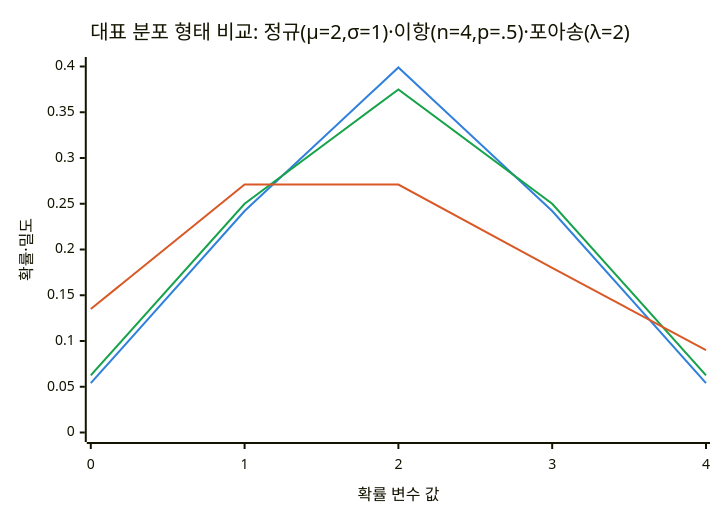
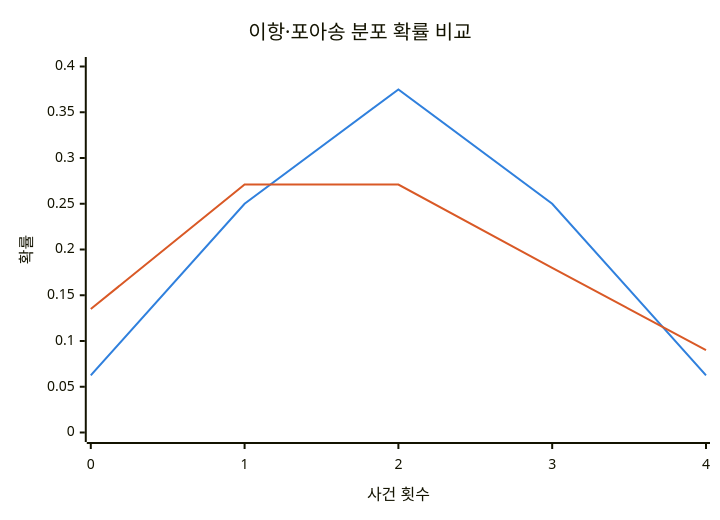
Before and after one commit to agnusdei1207/knowledge-base: the second of 3 diagrams in src/content/docs/notes/01-basic-theory/032_probability_distribution.md, drawn with Mermaid. The commit also changed other lines of this file and 10 other files, not shown here.

````diff
--- a/src/content/docs/notes/01-basic-theory/032_probability_distribution.md
+++ b/src/content/docs/notes/01-basic-theory/032_probability_distribution.md
@@ -56,10 +72,9 @@
 ```mermaid
-%%{init: {"themeVariables": {"xyChart": {"plotColorPalette": "#3080dd, #16a34a, #d95926"}}} }%%
+%%{init: {"themeVariables": {"xyChart": {"plotColorPalette": "#3080dd, #d95926"}}} }%%
 xychart-beta
-    title "대표 분포 형태 비교: 정규(μ=2,σ=1)·이항(n=4,p=.5)·포아송(λ=2)"
-    x-axis "확률 변수 값" [0, 1, 2, 3, 4]
-    y-axis "확률·밀도" 0 --> 0.4
-    line [0.054, 0.242, 0.399, 0.242, 0.054]
+    title "이항·포아송 분포 확률 비교"
+    x-axis "사건 횟수" [0, 1, 2, 3, 4]
+    y-axis "확률" 0 --> 0.4
     line [0.0625, 0.25, 0.375, 0.25, 0.0625]
     line [0.135, 0.271, 0.271, 0.18, 0.09]
 ```
````
